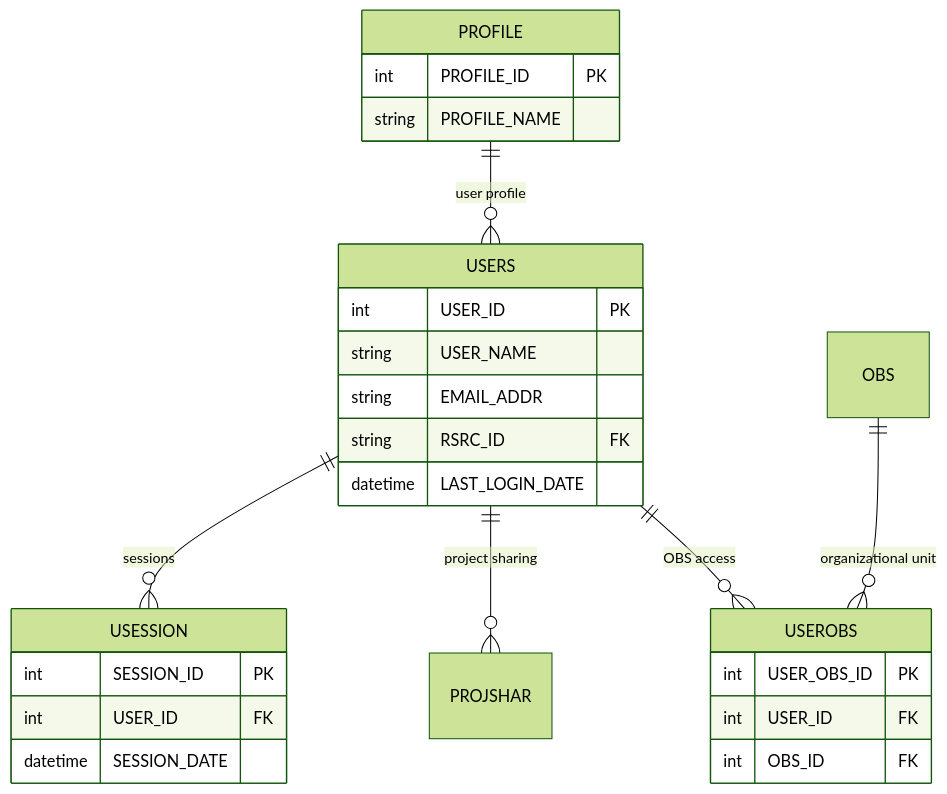
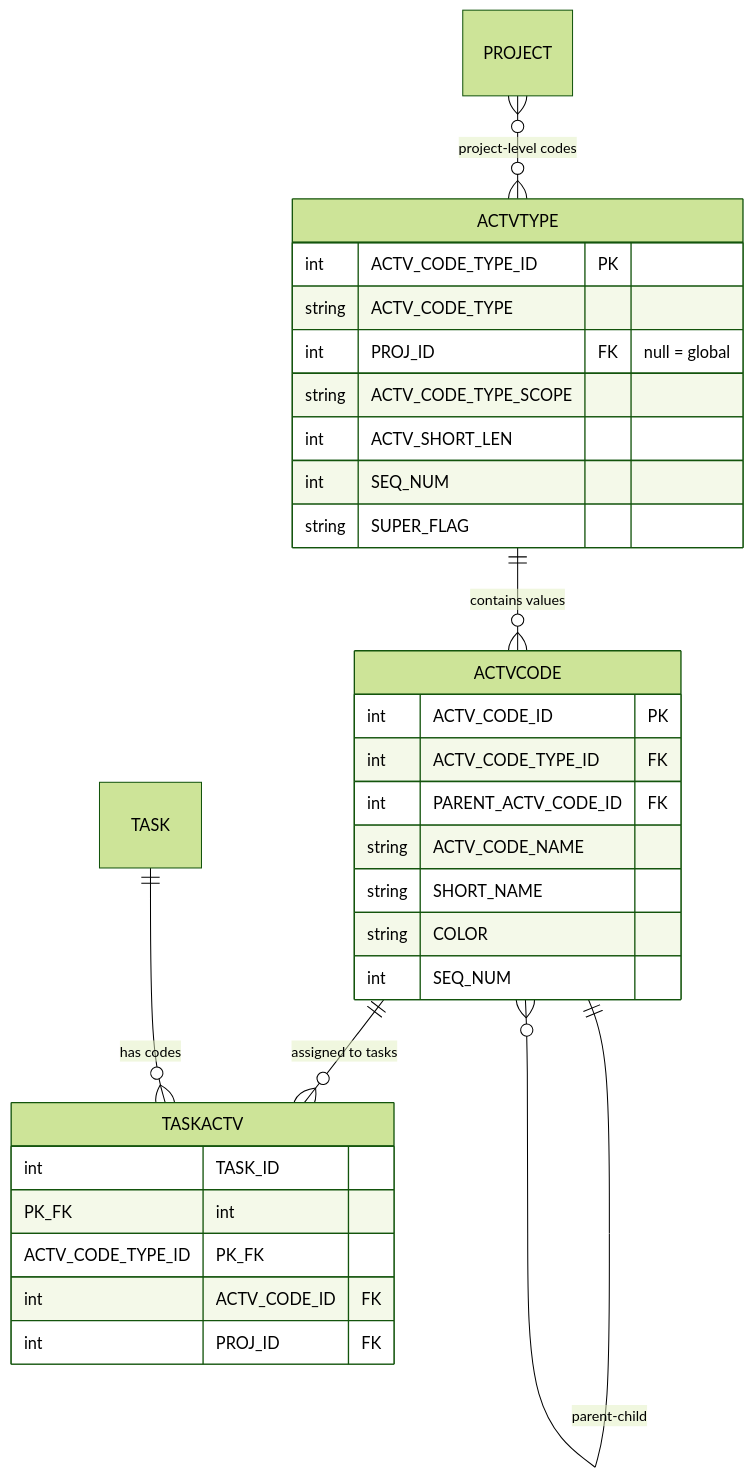
One commit to lognos/lognos_scheduler changed diagram 13 of 29 in P6_SCHEMA_DOCUMENTATION.md. Above: the diagram before and after it, drawn with Mermaid (forest theme). The commit also changed other lines of this file and 1 other file, not shown here.

````diff
--- a/P6_SCHEMA_DOCUMENTATION.md
+++ b/P6_SCHEMA_DOCUMENTATION.md
@@ -281,33 +1030,35 @@
 ```mermaid
 erDiagram
-    USERS ||--o{ USEROBS : "OBS access"
-    USERS ||--o{ PROJSHAR : "project sharing"
-    USERS ||--o{ USESSION : "sessions"
-    PROFILE ||--o{ USERS : "user profile"
-    OBS ||--o{ USEROBS : "organizational unit"
+    ACTVTYPE ||--o{ ACTVCODE : "contains values"
+    ACTVCODE ||--o{ ACTVCODE : "parent-child"
+    ACTVCODE ||--o{ TASKACTV : "assigned to tasks"
+    TASK ||--o{ TASKACTV : "has codes"
+    PROJECT }o--o{ ACTVTYPE : "project-level codes"
     
-    USERS {
-        int USER_ID PK
-        string USER_NAME
-        string EMAIL_ADDR
-        string RSRC_ID FK
-        datetime LAST_LOGIN_DATE
+    ACTVTYPE {
+        int ACTV_CODE_TYPE_ID PK
+        string ACTV_CODE_TYPE
+        int PROJ_ID FK "null = global"
+        string ACTV_CODE_TYPE_SCOPE
+        int ACTV_SHORT_LEN
+        int SEQ_NUM
+        string SUPER_FLAG
     }
     
-    USEROBS {
-        int USER_OBS_ID PK
-        int USER_ID FK
-        int OBS_ID FK
+    ACTVCODE {
+        int ACTV_CODE_ID PK
+        int ACTV_CODE_TYPE_ID FK
+        int PARENT_ACTV_CODE_ID FK
+        string ACTV_CODE_NAME
+        string SHORT_NAME
+        string COLOR
+        int SEQ_NUM
     }
     
-    PROFILE {
-        int PROFILE_ID PK
-        string PROFILE_NAME
-    }
-    
-    USESSION {
-        int SESSION_ID PK
-        int USER_ID FK
-        datetime SESSION_DATE
+    TASKACTV {
+        int TASK_ID PK_FK
+        int ACTV_CODE_TYPE_ID PK_FK
+        int ACTV_CODE_ID FK
+        int PROJ_ID FK
     }
 ```
````
